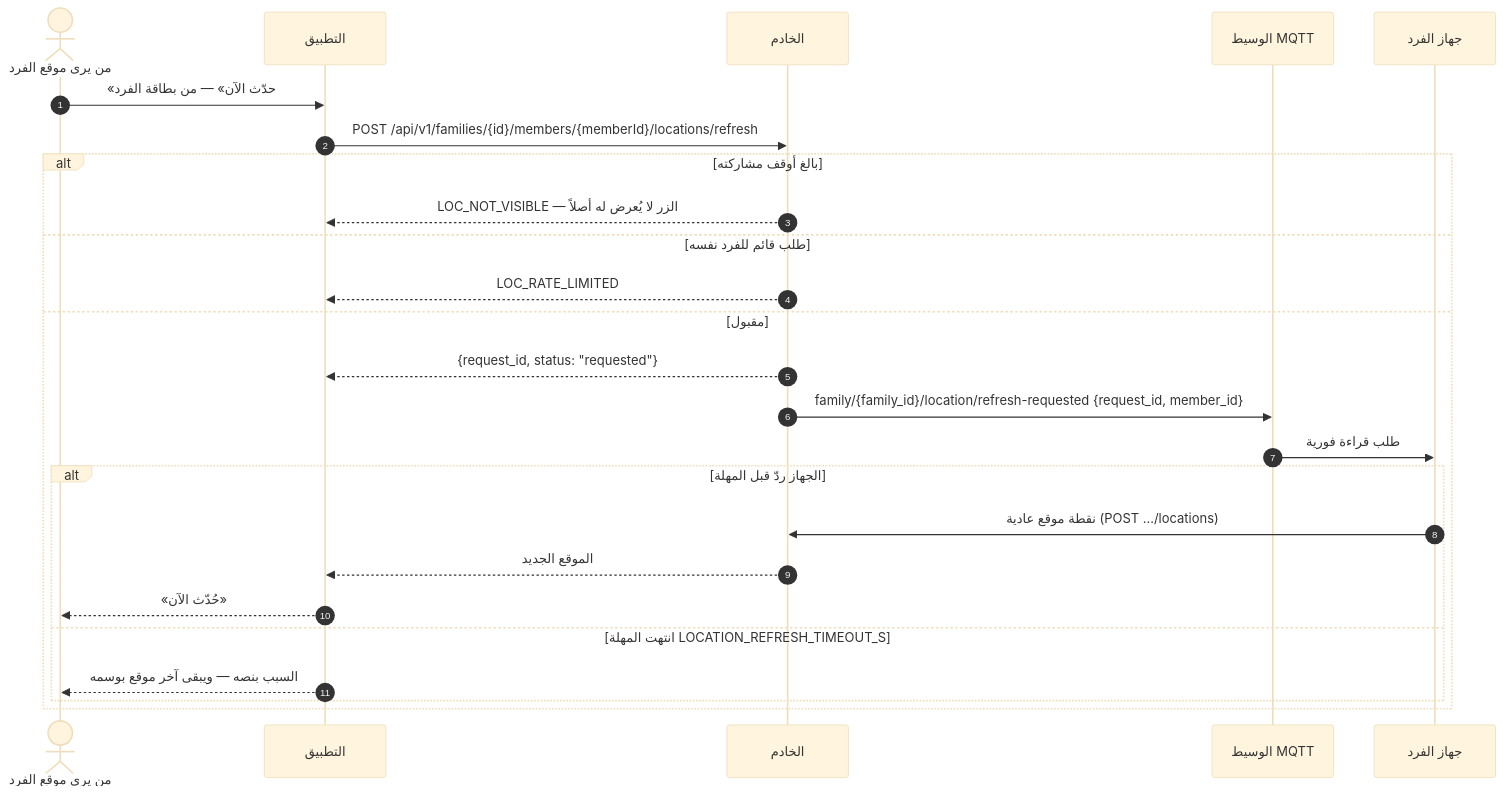
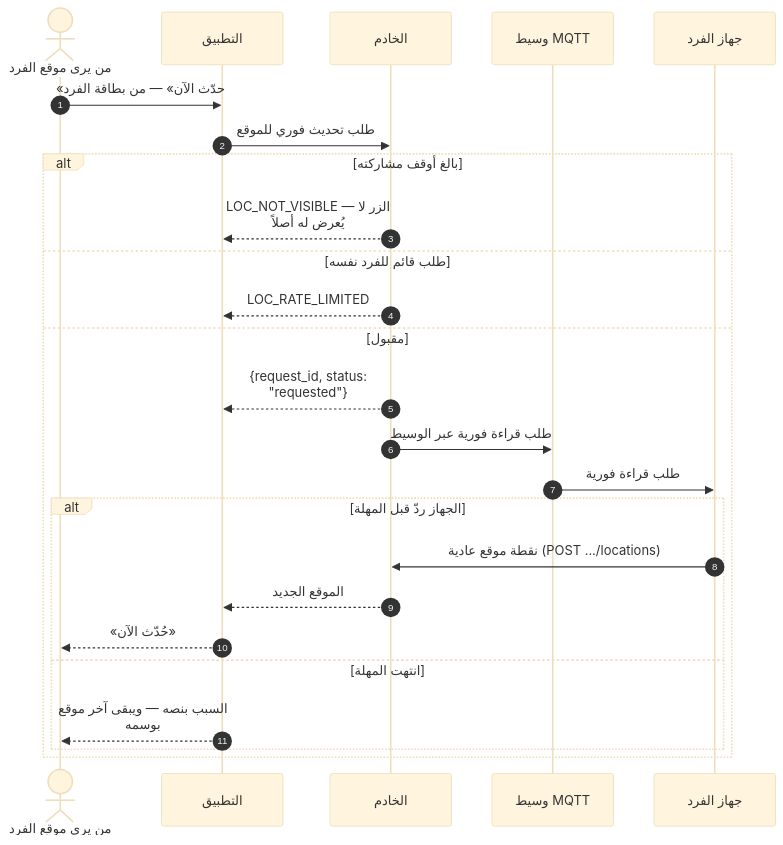
One commit to Bassam-mohammed-alqaeadi/family-os-v2 changed diagram 14 of 30 in docs/family-os/governance/phases/phase-1/S1-07-location-basic/DIAGRAMS.md. Above: the diagram before and after it, drawn with Mermaid (base theme). The commit also changed other lines of this file, not shown here.

````diff
--- a/docs/family-os/governance/phases/phase-1/S1-07-location-basic/DIAGRAMS.md
+++ b/docs/family-os/governance/phases/phase-1/S1-07-location-basic/DIAGRAMS.md
@@ -490,27 +578,28 @@
 ```mermaid
+    %%{init: {"sequence": {"wrap": true}}}%%
 sequenceDiagram
     autonumber
     actor Viewer as من يرى موقع الفرد
-    participant Flutter as التطبيق
+    participant App as التطبيق
     participant Ktor as الخادم
-    participant Broker as الوسيط MQTT
+    participant MQTT as وسيط MQTT
     participant Device as جهاز الفرد
-    Viewer->>Flutter: «حدّث الآن» — من بطاقة الفرد
-    Flutter->>Ktor: POST /api/v1/families/{id}/members/{memberId}/locations/refresh
+    Viewer->>App: «حدّث الآن» — من بطاقة الفرد
+    App->>Ktor: طلب تحديث فوري للموقع
     alt بالغ أوقف مشاركته
-        Ktor-->>Flutter: LOC_NOT_VISIBLE — الزر لا يُعرض له أصلاً
+        Ktor-->>App: LOC_NOT_VISIBLE — الزر لا يُعرض له أصلاً
     else طلب قائم للفرد نفسه
-        Ktor-->>Flutter: LOC_RATE_LIMITED
+        Ktor-->>App: LOC_RATE_LIMITED
     else مقبول
-        Ktor-->>Flutter: {request_id, status: "requested"}
-        Ktor->>Broker: family/{family_id}/location/refresh-requested {request_id, member_id}
-        Broker->>Device: طلب قراءة فورية
+        Ktor-->>App: {request_id, status: "requested"}
+        Ktor->>MQTT: طلب قراءة فورية عبر الوسيط
+        MQTT->>Device: طلب قراءة فورية
         alt الجهاز ردّ قبل المهلة
             Device->>Ktor: نقطة موقع عادية (POST .../locations)
-            Ktor-->>Flutter: الموقع الجديد
-            Flutter-->>Viewer: «حُدّث الآن»
-        else انتهت المهلة LOCATION_REFRESH_TIMEOUT_S
-            Flutter-->>Viewer: السبب بنصه — ويبقى آخر موقع بوسمه
+            Ktor-->>App: الموقع الجديد
+            App-->>Viewer: «حُدّث الآن»
+        else انتهت المهلة
+            App-->>Viewer: السبب بنصه — ويبقى آخر موقع بوسمه
         end
     end
 ```
````
